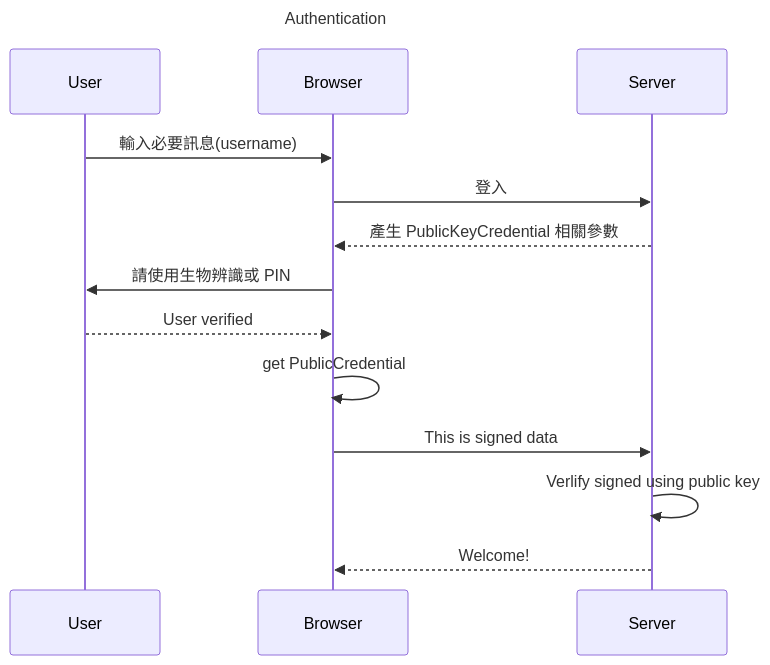
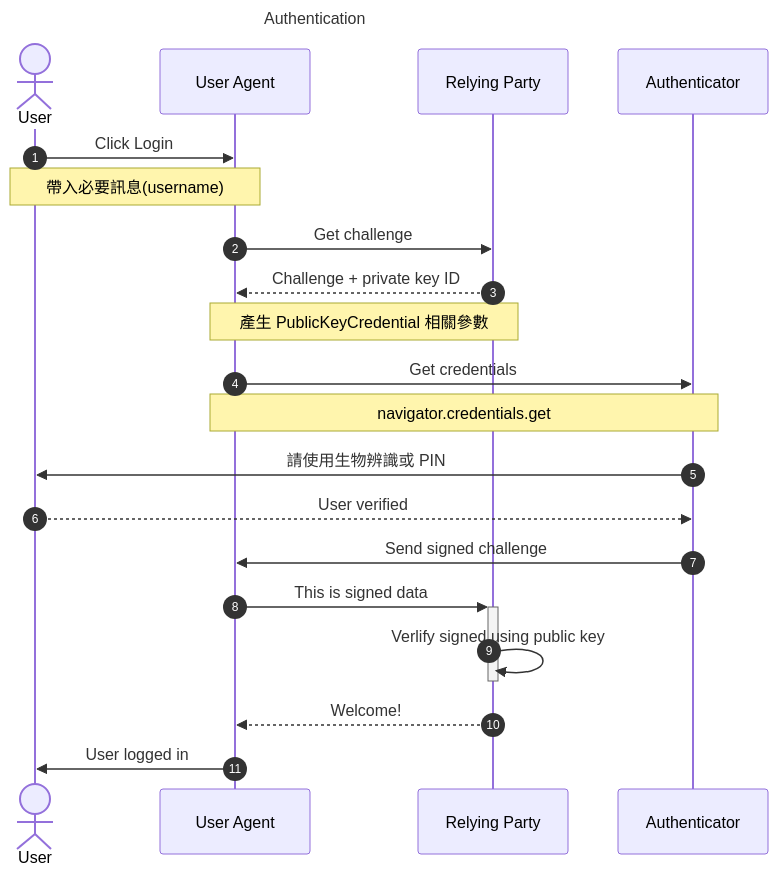
One commit to gn00678465/passwdless-demo changed the second of 3 diagrams in README.md. Above: the diagram before and after it, drawn with Mermaid. The commit also changed other lines of this file, not shown here.

````diff
--- a/README.md
+++ b/README.md
@@ -22,13 +31,23 @@
 ```mermaid
 sequenceDiagram
-    Title: Authentication
-    User ->> Browser: 輸入必要訊息(username) 
-    Browser ->> Server: 登入
-    Server -->> Browser: 產生 PublicKeyCredential 相關參數
-    Browser ->> User: 請使用生物辨識或 PIN
-    User -->> Browser: User verified
-    Browser ->> Browser: get PublicCredential
-    Browser ->> Server: This is signed data
-    Server ->> Server: Verlify signed using public key
-    Server -->> Browser: Welcome!
+  Title: Authentication
+  autonumber
+  Actor User
+  participant User Agent
+  participant Relying Party
+  participant Authenticator
+  User ->> User Agent: Click Login
+  Note over User,User Agent: 帶入必要訊息(username) 
+  User Agent ->> Relying Party: Get challenge
+  Relying Party -->> User Agent: Challenge + private key ID
+  Note over Relying Party,User Agent: 產生 PublicKeyCredential 相關參數
+  User Agent->>Authenticator: Get credentials
+  Note over User Agent,Authenticator: navigator.credentials.get
+  Authenticator ->> User: 請使用生物辨識或 PIN
+  User -->> Authenticator: User verified
+  Authenticator ->> User Agent: Send signed challenge
+  User Agent ->> +Relying Party: This is signed data
+  Relying Party ->> -Relying Party: Verlify signed using public key
+  Relying Party -->> User Agent: Welcome!
+  User Agent ->> User: User logged in
 ```
````
